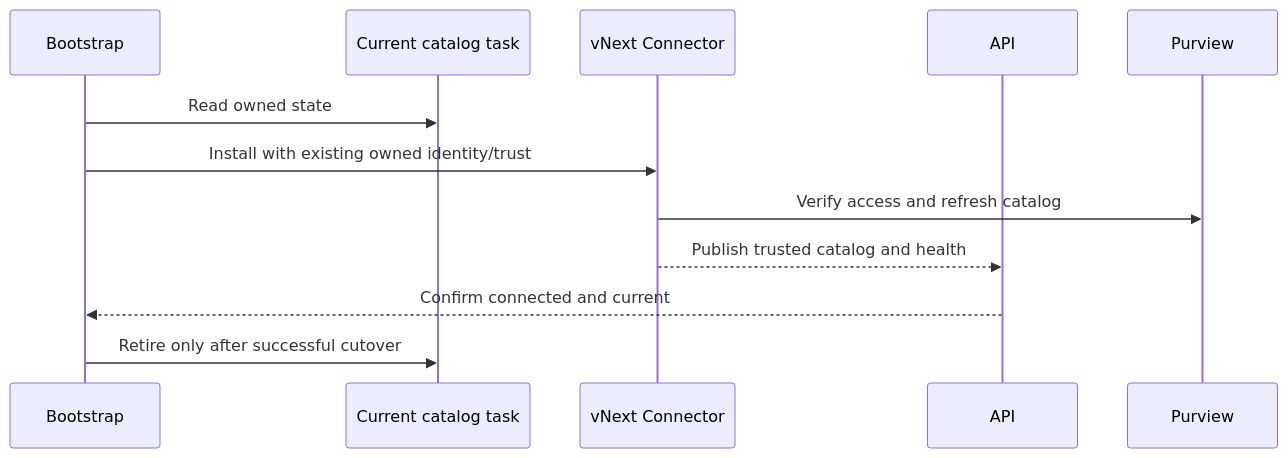
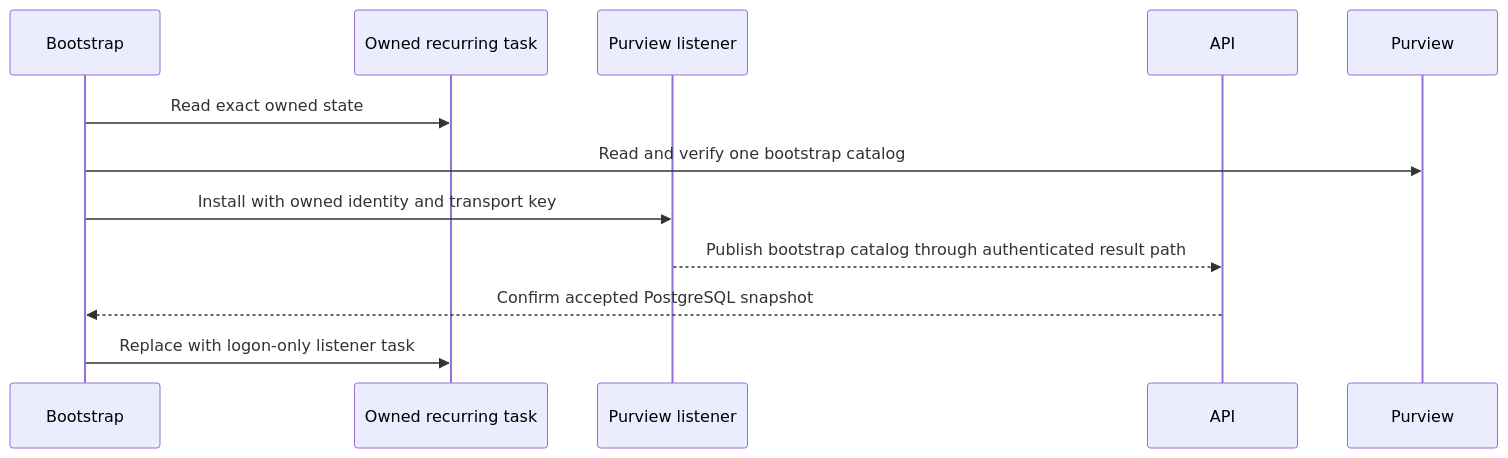
The fourth of 4 diagrams in SPEC-VNEXT.md (patrick-shim/a365-custom-gateway), drawn with Mermaid before and after one commit. The commit also changed other lines of this file and 77 other files, not shown here.

````diff
--- a/SPEC-VNEXT.md
+++ b/SPEC-VNEXT.md
@@ -391,15 +555,15 @@
 ```mermaid
 sequenceDiagram
     participant Bootstrap
-    participant Current as Current catalog task
-    participant Next as vNext Connector
+    participant Retired as Owned recurring task
+    participant Listener as Purview listener
     participant API
     participant Purview
 
-    Bootstrap->>Current: Read owned state
-    Bootstrap->>Next: Install with existing owned identity/trust
-    Next->>Purview: Verify access and refresh catalog
-    Next-->>API: Publish trusted catalog and health
-    API-->>Bootstrap: Confirm connected and current
-    Bootstrap->>Current: Retire only after successful cutover
+    Bootstrap->>Retired: Read exact owned state
+    Bootstrap->>Purview: Read and verify one bootstrap catalog
+    Bootstrap->>Listener: Install with owned identity and transport key
+    Listener-->>API: Publish bootstrap catalog through authenticated result path
+    API-->>Bootstrap: Confirm accepted PostgreSQL snapshot
+    Bootstrap->>Retired: Replace with logon-only listener task
 ```
````
